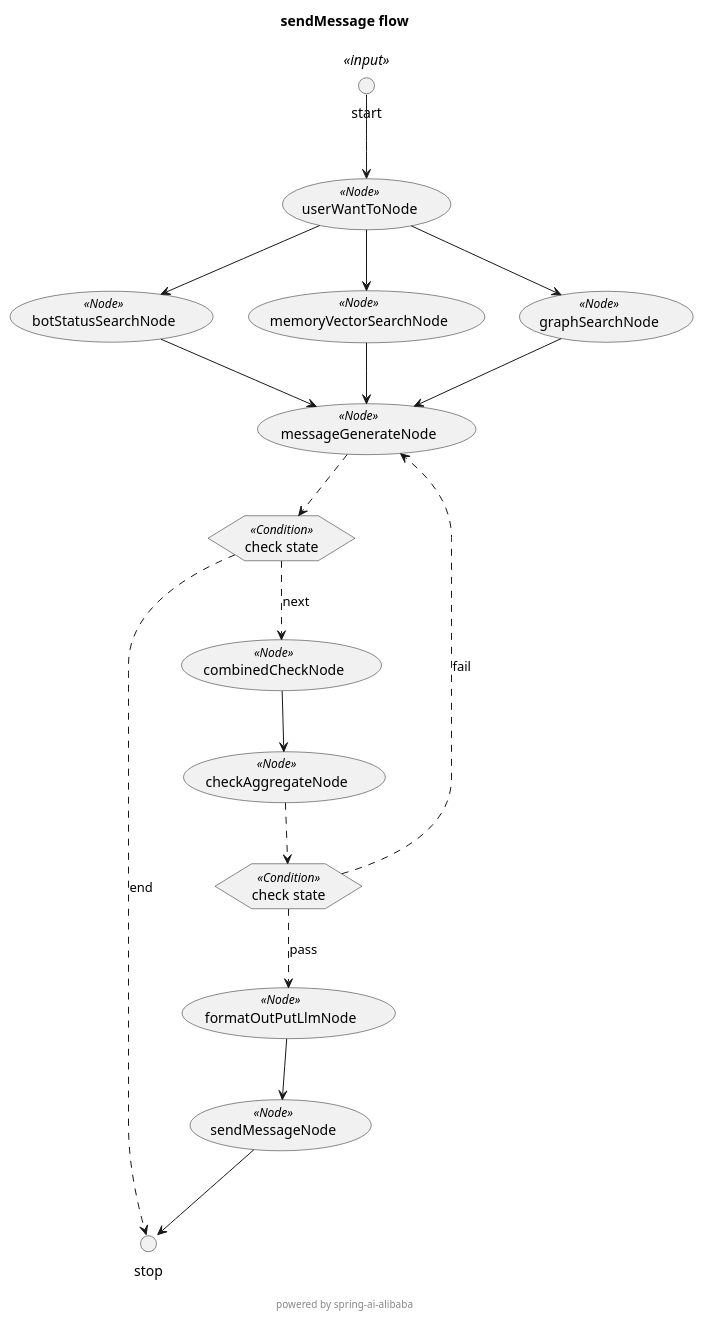
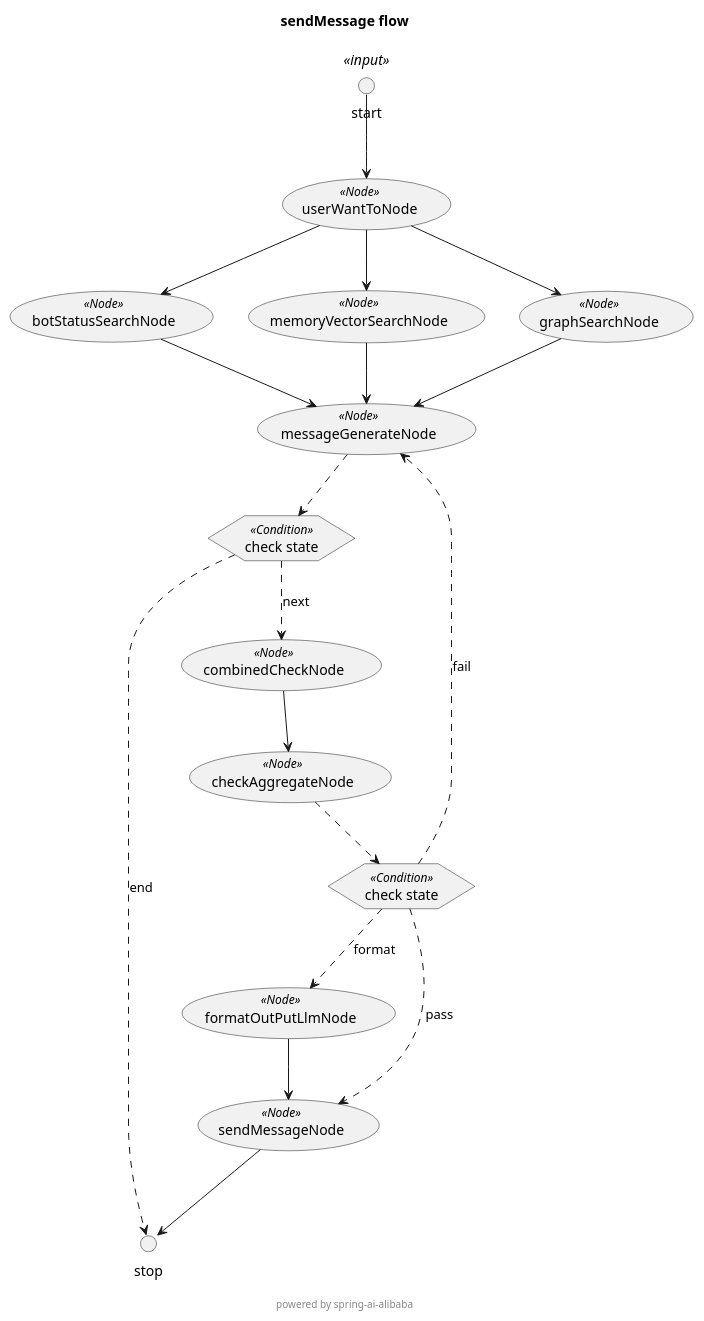
One commit to Huhanzhao/ehuman changed the diagram in anyfriend-core/src/main/resources/puml/sendMessage.puml. Above: the diagram before and after it, drawn with PlantUML. The commit also changed 4 other files, not shown here.

```diff
--- a/anyfriend-core/src/main/resources/puml/sendMessage.puml
+++ b/anyfriend-core/src/main/resources/puml/sendMessage.puml
@@ -1,44 +1,46 @@
 @startuml sendMessage_flow
 skinparam usecaseFontSize 14
 skinparam usecaseStereotypeFontSize 12
 skinparam hexagonFontSize 14
 skinparam hexagonStereotypeFontSize 12
 title "sendMessage flow"
 footer
 
 powered by spring-ai-alibaba
 end footer
 circle start<<input>> as __START__
 circle stop as __END__
 usecase "userWantToNode"<<Node>>
 usecase "messageGenerateNode"<<Node>>
 usecase "formatOutPutLlmNode"<<Node>>
 usecase "botStatusSearchNode"<<Node>>
 usecase "memoryVectorSearchNode"<<Node>>
 usecase "graphSearchNode"<<Node>>
 usecase "combinedCheckNode"<<Node>>
 usecase "checkAggregateNode"<<Node>>
 usecase "sendMessageNode"<<Node>>
 hexagon "check state" as condition1<<Condition>>
 hexagon "check state" as condition2<<Condition>>
 "__START__" -down-> "userWantToNode"
 "userWantToNode" -down-> "botStatusSearchNode"
 "userWantToNode" -down-> "memoryVectorSearchNode"
 "userWantToNode" -down-> "graphSearchNode"
 "botStatusSearchNode" -down-> "messageGenerateNode"
 "memoryVectorSearchNode" -down-> "messageGenerateNode"
 "graphSearchNode" -down-> "messageGenerateNode"
 "messageGenerateNode" .down.> "condition1"
+"condition1" .down.> "__END__": "end"
+'"messageGenerateNode" .down.> "__END__": "end"
 "condition1" .down.> "combinedCheckNode": "next"
 '"messageGenerateNode" .down.> "combinedCheckNode": "next"
-"condition1" .down.> "__END__": "end"
-'"messageGenerateNode" .down.> "__END__": "end"
 "combinedCheckNode" -down-> "checkAggregateNode"
 "checkAggregateNode" .down.> "condition2"
-"condition2" .down.> "formatOutPutLlmNode": "pass"
-'"checkAggregateNode" .down.> "formatOutPutLlmNode": "pass"
+"condition2" .down.> "sendMessageNode": "pass"
+'"checkAggregateNode" .down.> "sendMessageNode": "pass"
+"condition2" .down.> "formatOutPutLlmNode": "format"
+'"checkAggregateNode" .down.> "formatOutPutLlmNode": "format"
 "condition2" .down.> "messageGenerateNode": "fail"
 '"checkAggregateNode" .down.> "messageGenerateNode": "fail"
 "formatOutPutLlmNode" -down-> "sendMessageNode"
 "sendMessageNode" -down-> "__END__"
 @enduml
```
